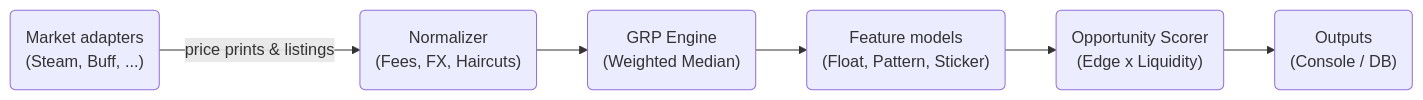
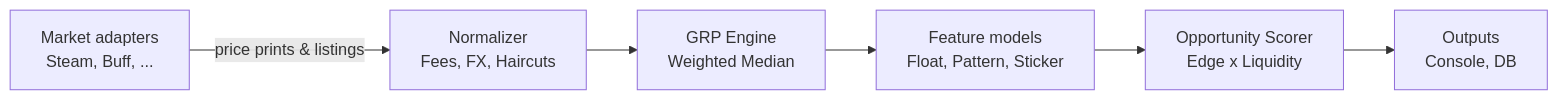
Before and after one commit to vorkuta1/cs2-grp-case-study: the first of 2 diagrams in docs/architecture.md, drawn with Mermaid. The commit also changed other lines of this file and 5 other files, not shown here.

````diff
--- a/docs/architecture.md
+++ b/docs/architecture.md
@@ -8,8 +8,8 @@
 ```mermaid
 flowchart LR
-  A("Market adapters<br/>(Steam, Buff, ...)") -->|price prints & listings| B("Normalizer<br/>(Fees, FX, Haircuts)")
-  B --> C("GRP Engine<br/>(Weighted Median)")
-  C --> D("Feature models<br/>(Float, Pattern, Sticker)")
-  D --> E("Opportunity Scorer<br/>(Edge x Liquidity)")
-  E --> F("Outputs<br/>(Console / DB)")
+  A["Market adapters<br>Steam, Buff, ..."] -->|price prints & listings| B["Normalizer<br>Fees, FX, Haircuts"]
+  B --> C["GRP Engine<br>Weighted Median"]
+  C --> D["Feature models<br>Float, Pattern, Sticker"]
+  D --> E["Opportunity Scorer<br>Edge x Liquidity"]
+  E --> F["Outputs<br>Console, DB"]
 ```
````
